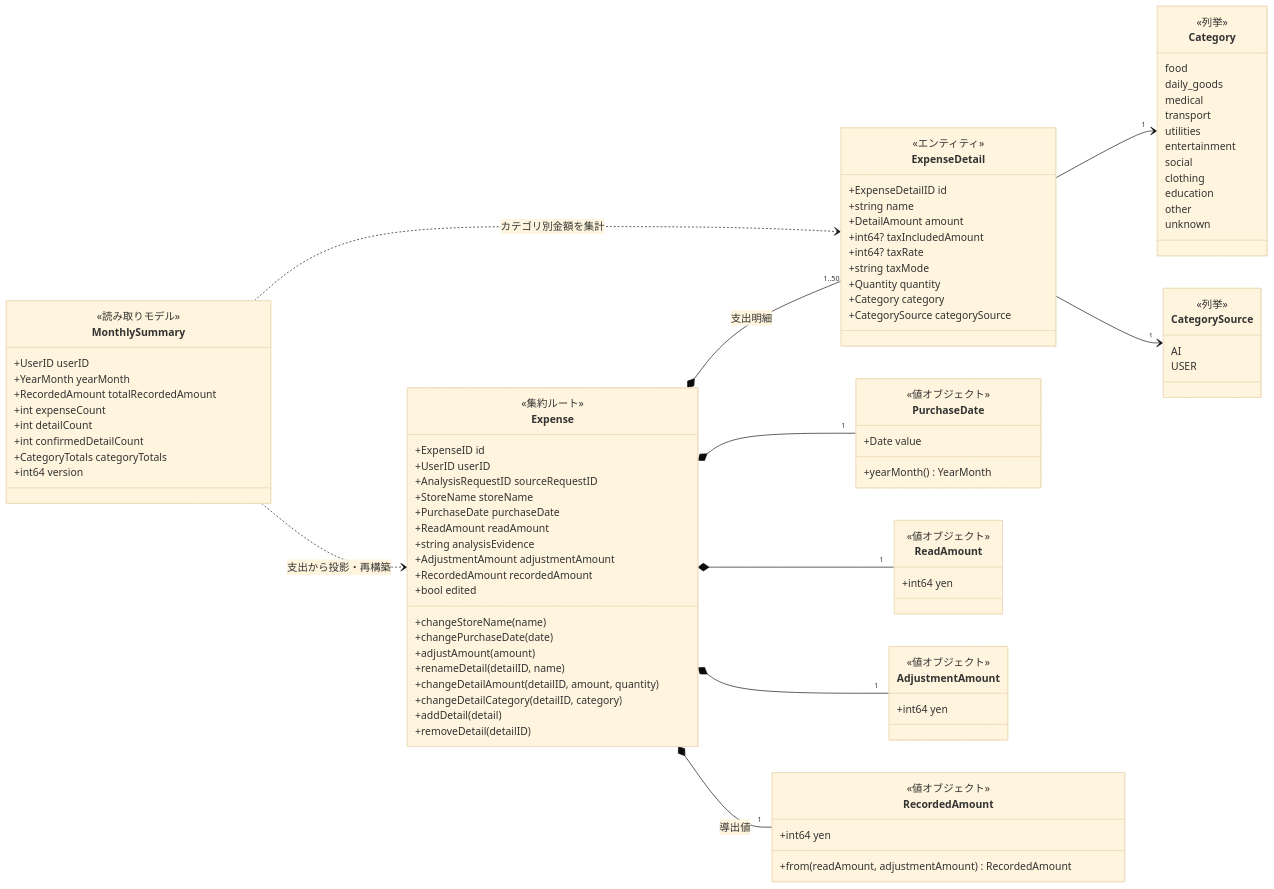
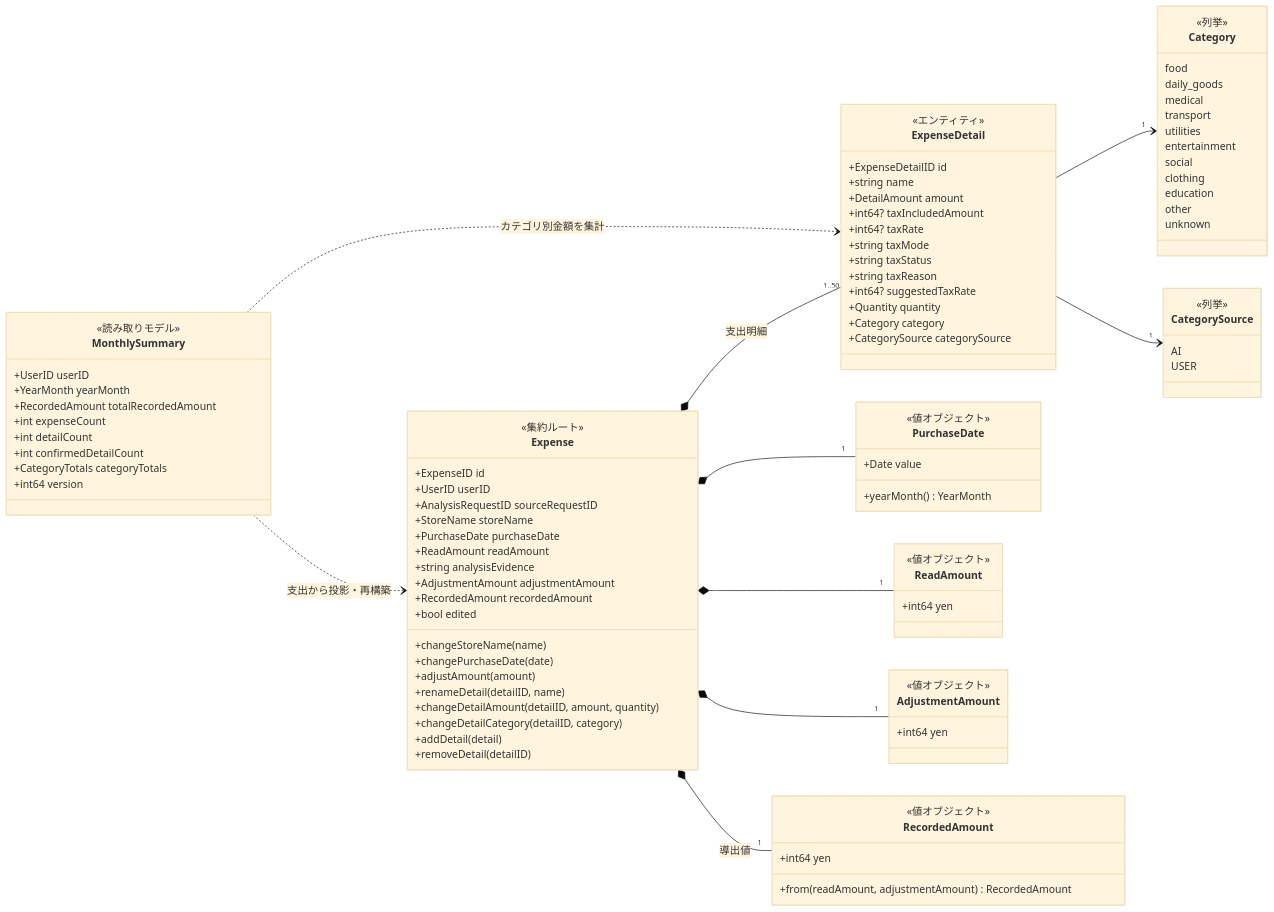
Before and after one commit to shrimptails-f/snap_kakeibo: the third of 4 diagrams in docs/ddd/domain-model-diagram.md, drawn with Mermaid (base theme). The commit also changed other lines of this file and 25 other files, not shown here.

```diff
--- a/docs/ddd/domain-model-diagram.md
+++ b/docs/ddd/domain-model-diagram.md
@@ -153,6 +153,9 @@
         +int64? taxIncludedAmount
         +int64? taxRate
         +string taxMode
+        +string taxStatus
+        +string taxReason
+        +int64? suggestedTaxRate
         +Quantity quantity
         +Category category
         +CategorySource categorySource
```
